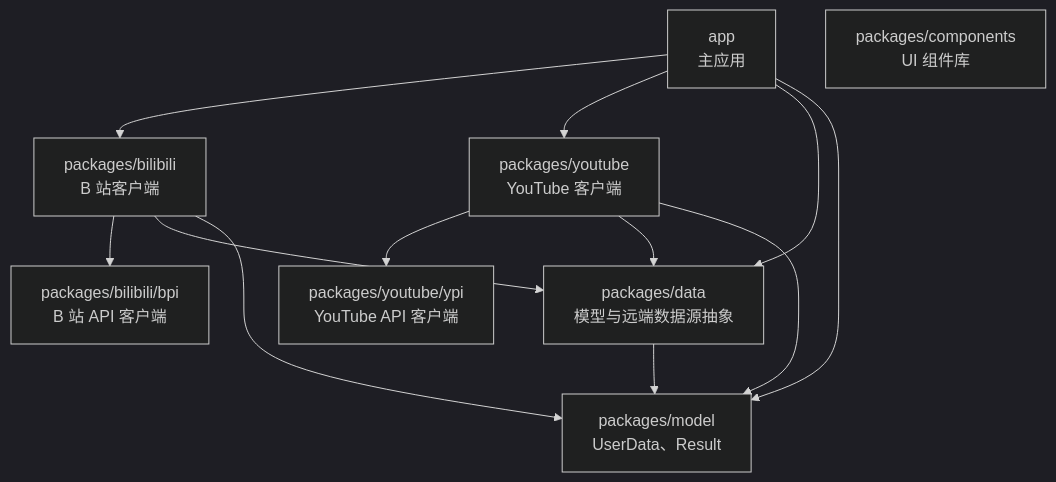
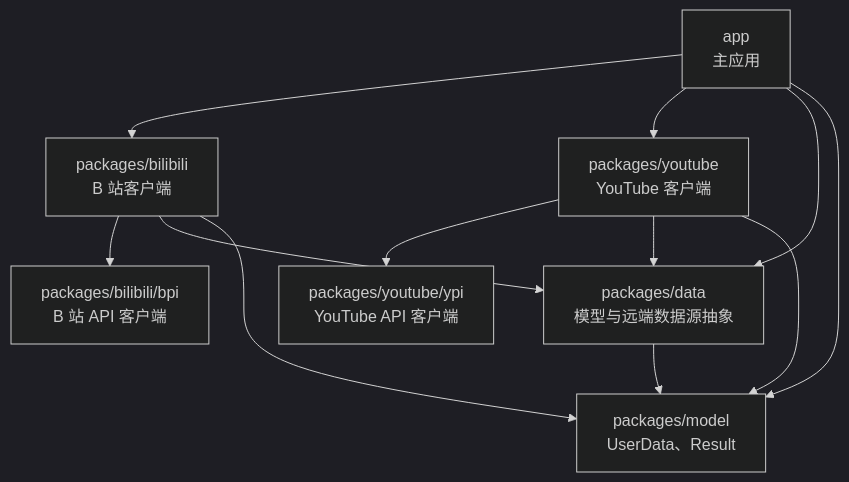
The diagram in docs/modularization-learning-journey.md (liziq21/bili), drawn with Mermaid (dark theme) before and after one commit. The commit also changed other lines of this file and 11 other files, not shown here.

First line of the commit message:
refactor(app): packages/components 并入 app，删掉模板残留

````diff
--- a/docs/modularization-learning-journey.md
+++ b/docs/modularization-learning-journey.md
@@ -29,23 +29,22 @@
 ```mermaid
 graph TD
   app["app<br/>主应用"]
   bilibili["packages/bilibili<br/>B 站客户端"]
   youtube["packages/youtube<br/>YouTube 客户端"]
   data["packages/data<br/>模型与远端数据源抽象"]
   model["packages/model<br/>UserData、Result"]
-  components["packages/components<br/>UI 组件库"]
   bpi["packages/bilibili/bpi<br/>B 站 API 客户端"]
   ypi["packages/youtube/ypi<br/>YouTube API 客户端"]
 
   app --> bilibili
   app --> youtube
   app --> data
   app --> model
   bilibili --> bpi
   bilibili --> data
   bilibili --> model
   youtube --> ypi
   youtube --> data
   youtube --> model
   data --> model
 ```
````
